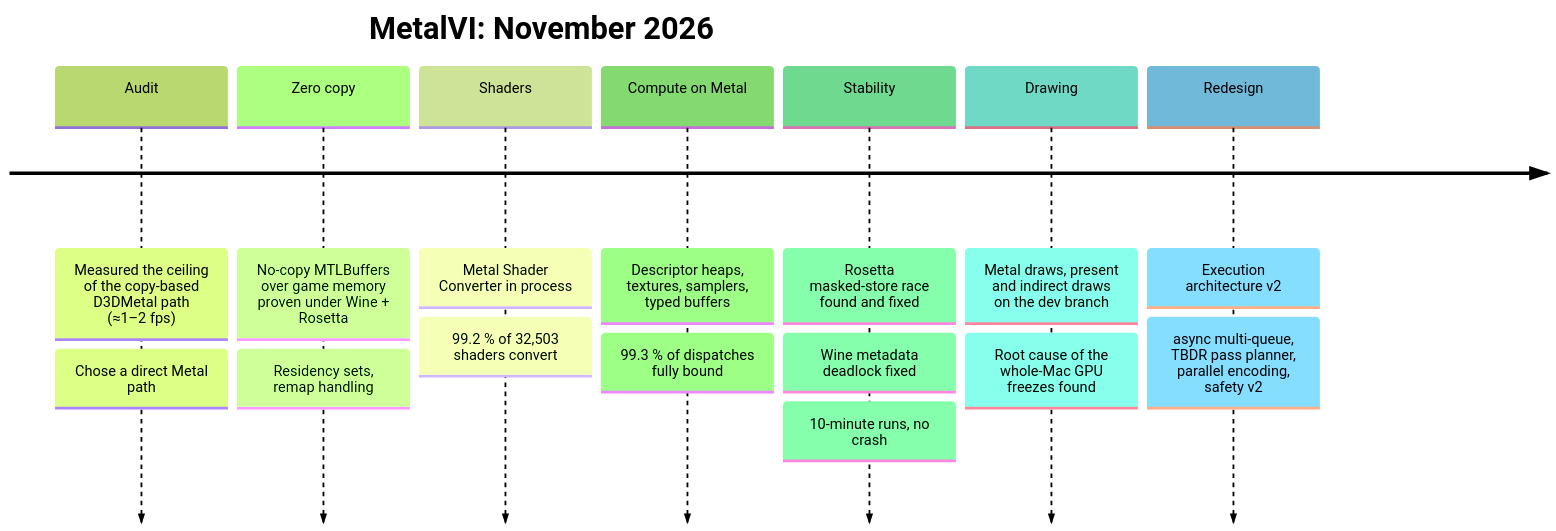
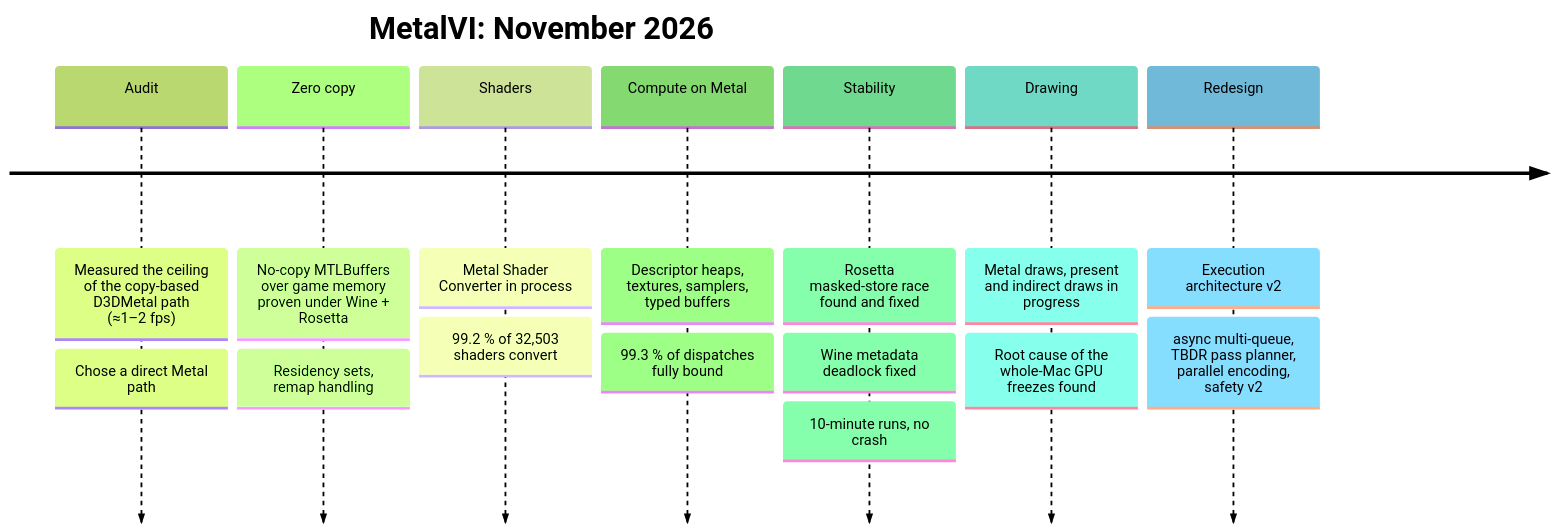
Before and after one commit to Aoody743/MetalVI: the fourth of 4 diagrams in README.md, drawn with Mermaid (forest theme). The commit also changed other lines of this file and 3 other files, not shown here.

````diff
--- a/README.md
+++ b/README.md
@@ -159,11 +159,11 @@
 ```mermaid
 timeline
     title MetalVI: November 2026
     Audit : Measured the ceiling of the copy-based D3DMetal path (≈1–2 fps) : Chose a direct Metal path
     Zero copy : No-copy MTLBuffers over game memory proven under Wine + Rosetta : Residency sets, remap handling
     Shaders : Metal Shader Converter in process : 99.2 % of 32,503 shaders convert
     Compute on Metal : Descriptor heaps, textures, samplers, typed buffers : 99.3 % of dispatches fully bound
     Stability : Rosetta masked-store race found and fixed : Wine metadata deadlock fixed : 10-minute runs, no crash
-    Drawing : Metal draws, present and indirect draws on the dev branch : Root cause of the whole-Mac GPU freezes found
+    Drawing : Metal draws, present and indirect draws in progress : Root cause of the whole-Mac GPU freezes found
     Redesign : Execution architecture v2 : async multi-queue, TBDR pass planner, parallel encoding, safety v2
 ```
````
